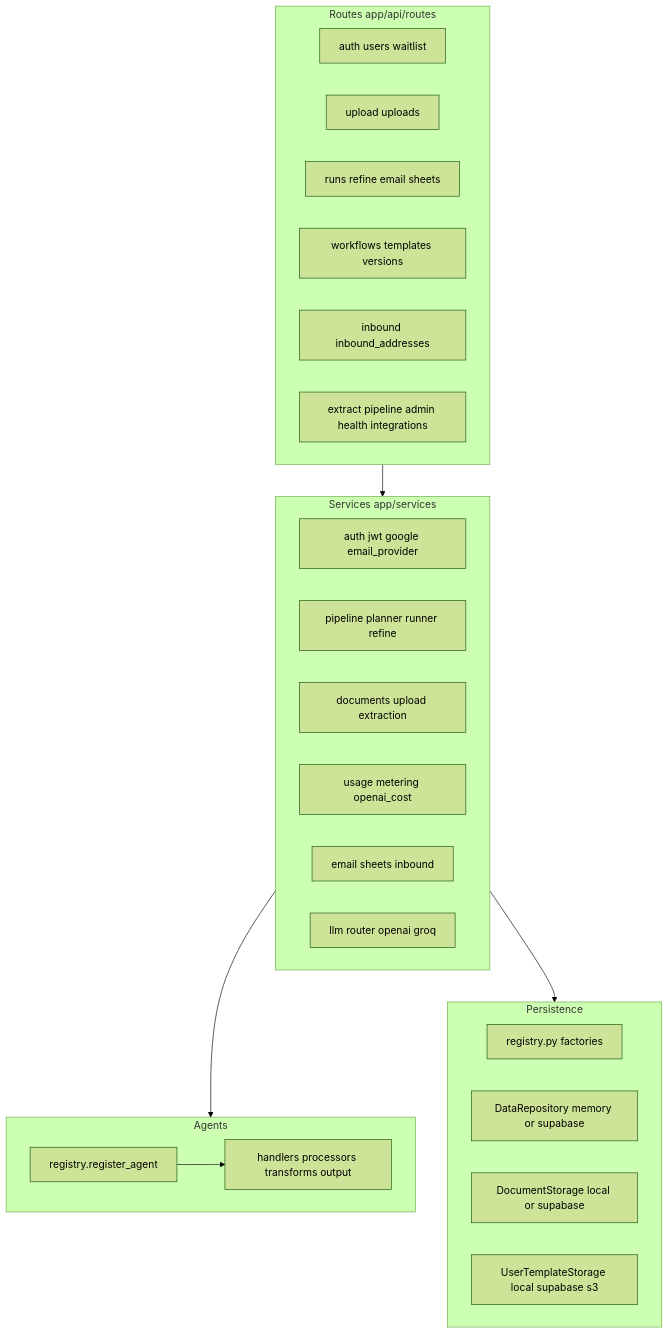
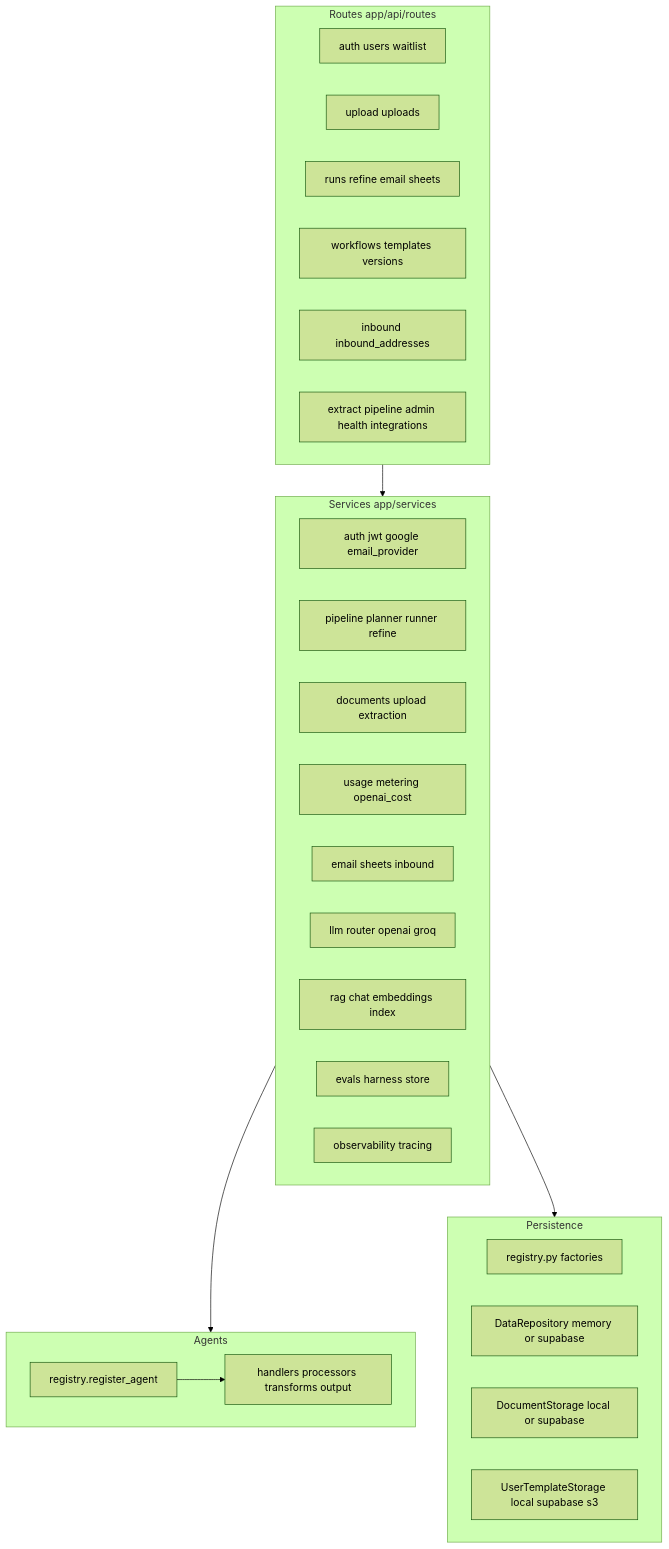
One commit to DeadPixel27/nexora changed the third of 7 diagrams in ARCHITECTURE.md. Above: the diagram before and after it, drawn with Mermaid (forest theme). The commit also changed other lines of this file and 17 other files, not shown here.

````diff
--- a/ARCHITECTURE.md
+++ b/ARCHITECTURE.md
@@ -194,37 +194,40 @@
 ```mermaid
 flowchart TB
   subgraph routes [Routes app/api/routes]
     R1["auth users waitlist"]
     R2["upload uploads"]
     R3["runs refine email sheets"]
     R4["workflows templates versions"]
     R5["inbound inbound_addresses"]
     R6["extract pipeline admin health integrations"]
   end
 
   subgraph services [Services app/services]
     S1["auth jwt google email_provider"]
     S2["pipeline planner runner refine"]
     S3["documents upload extraction"]
     S4["usage metering openai_cost"]
     S5["email sheets inbound"]
     S6["llm router openai groq"]
+    S7["rag chat embeddings index"]
+    S8["evals harness store"]
+    S9["observability tracing"]
   end
 
   subgraph agents [Agents]
     Reg["registry.register_agent"]
     H["handlers processors transforms output"]
   end
 
   subgraph persistence [Persistence]
     Fac["registry.py factories"]
     DR["DataRepository memory or supabase"]
     DS["DocumentStorage local or supabase"]
     UT["UserTemplateStorage local supabase s3"]
   end
 
   routes --> services
   services --> agents
   services --> persistence
   Reg --> H
 ```
````
